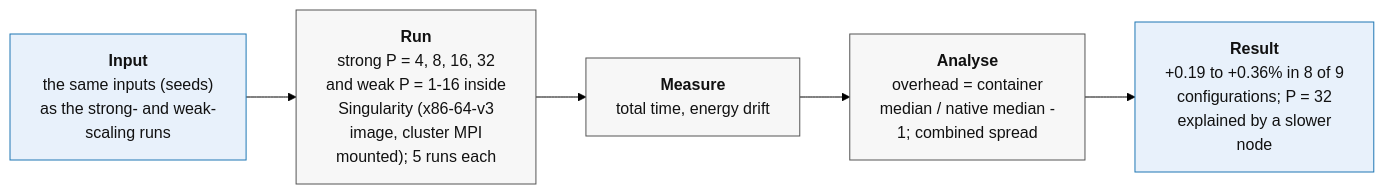
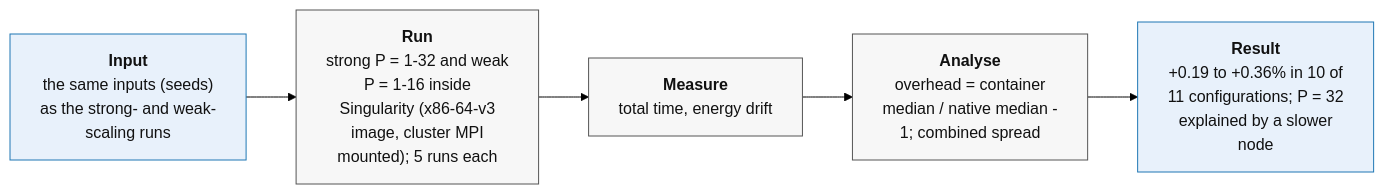
One commit to emmadariol/HPC_exam changed diagram 14 of 16 in Nbody_serial/FINAL_REPORT.md. Above: the diagram before and after it, drawn with Mermaid (forest theme). The commit also changed other lines of this file and 12 other files, not shown here.

````diff
--- a/Nbody_serial/FINAL_REPORT.md
+++ b/Nbody_serial/FINAL_REPORT.md
@@ -1197,13 +1161,13 @@
 ```mermaid
 flowchart LR
   A["<b>Input</b><br/>the same inputs (seeds)<br/>as the strong- and weak-<br/>scaling runs"]
-  B["<b>Run</b><br/>strong P = 4, 8, 16, 32<br/>and weak P = 1-16 inside<br/>Singularity (x86-64-v3<br/>image, cluster MPI<br/>mounted); 5 runs each"]
+  B["<b>Run</b><br/>strong P = 1-32 and weak<br/>P = 1-16 inside<br/>Singularity (x86-64-v3<br/>image, cluster MPI<br/>mounted); 5 runs each"]
   C["<b>Measure</b><br/>total time, energy drift"]
   D["<b>Analyse</b><br/>overhead = container<br/>median / native median -<br/>1; combined spread"]
-  E["<b>Result</b><br/>+0.19 to +0.36% in 8 of 9<br/>configurations; P = 32<br/>explained by a slower<br/>node"]
+  E["<b>Result</b><br/>+0.19 to +0.36% in 10 of<br/>11 configurations; P = 32<br/>explained by a slower<br/>node"]
   A --> B --> C --> D --> E
   classDef io fill:#e8f1fb,stroke:#1f77b4,color:#111;
   classDef step fill:#f7f7f7,stroke:#555,color:#111;
   class A,E io;
   class B,C,D step;
 ```
````
